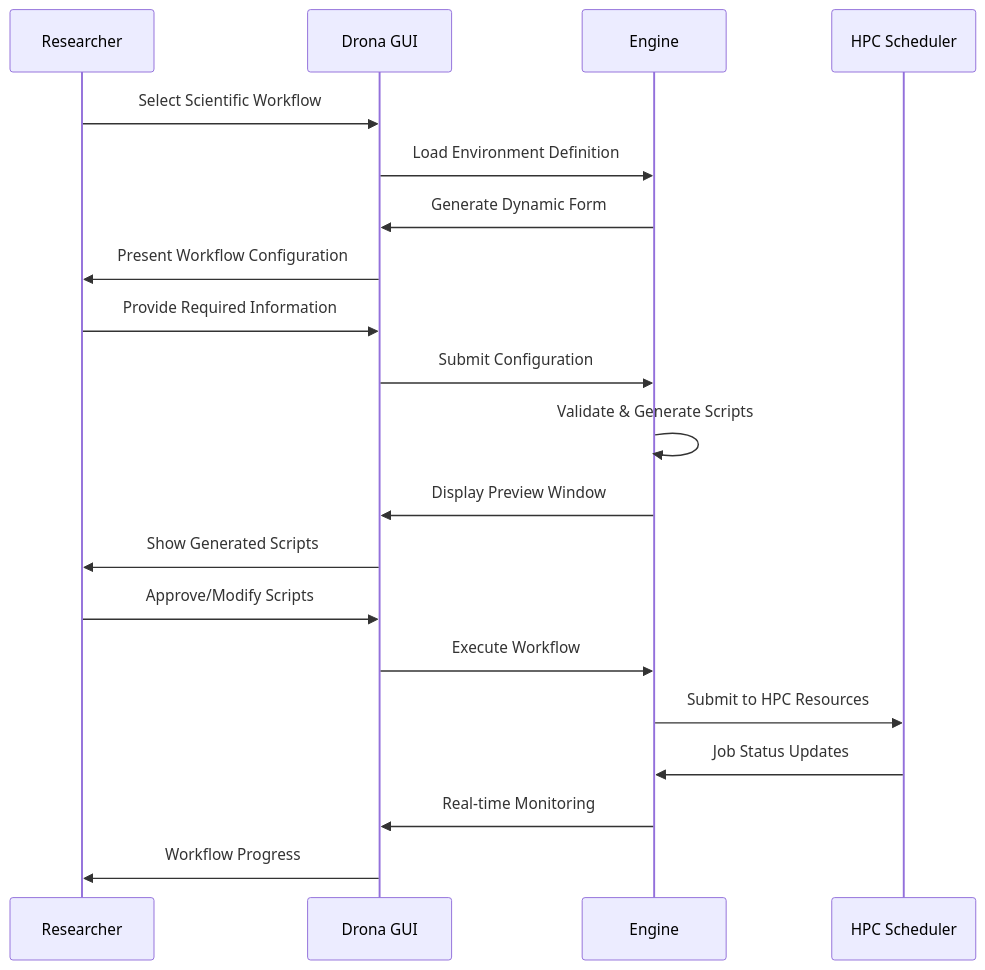
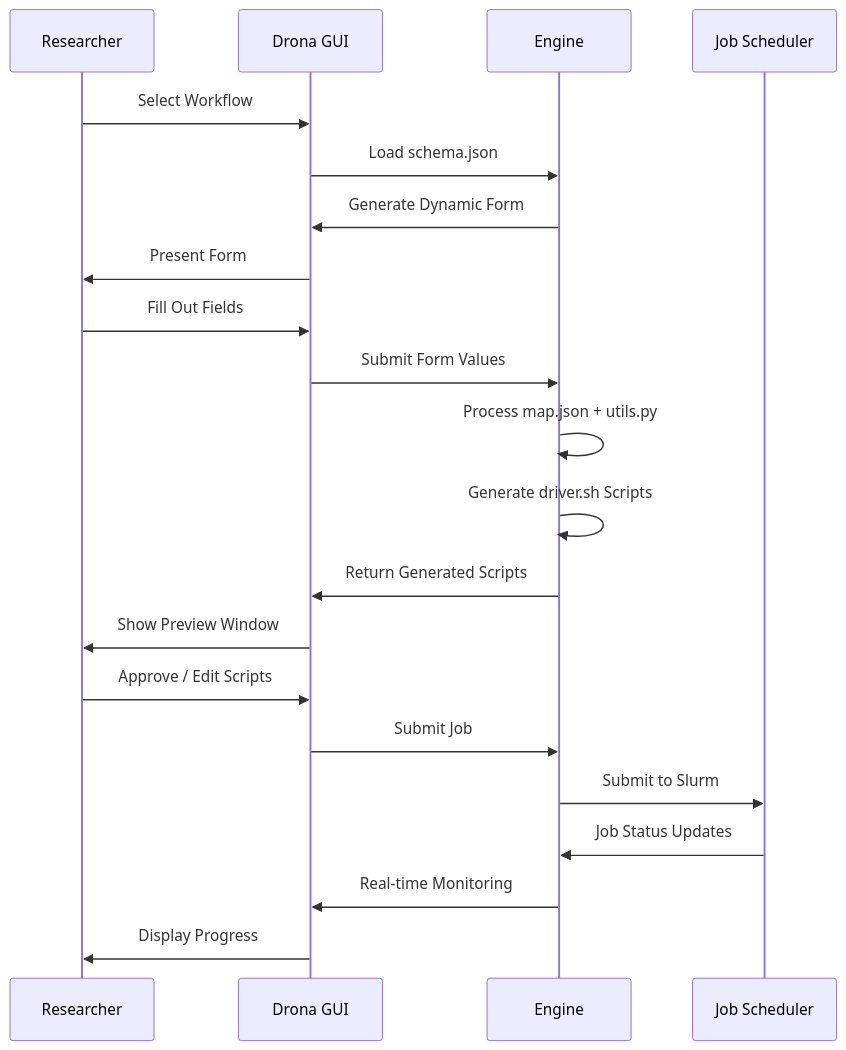
One commit to a11155/dor-hprc-drona-composer changed the second of 2 diagrams in website/docs/overview/architecture.md. Above: the diagram before and after it, drawn with Mermaid. The commit also changed other lines of this file and 19 other files, not shown here.

````diff
--- a/website/docs/overview/architecture.md
+++ b/website/docs/overview/architecture.md
@@ -90,23 +101,24 @@
 ```mermaid
 sequenceDiagram
     participant R as Researcher
     participant D as Drona GUI
     participant E as Engine
-    participant H as HPC Scheduler
+    participant H as Job Scheduler
 
-    R->>D: Select Scientific Workflow
-    D->>E: Load Environment Definition
+    R->>D: Select Workflow
+    D->>E: Load schema.json
     E->>D: Generate Dynamic Form
-    D->>R: Present Workflow Configuration
-    R->>D: Provide Required Information
-    D->>E: Submit Configuration
-    E->>E: Validate & Generate Scripts
-    E->>D: Display Preview Window
-    D->>R: Show Generated Scripts
-    R->>D: Approve/Modify Scripts
-    D->>E: Execute Workflow
-    E->>H: Submit to HPC Resources
+    D->>R: Present Form
+    R->>D: Fill Out Fields
+    D->>E: Submit Form Values
+    E->>E: Process map.json + utils.py
+    E->>E: Generate driver.sh Scripts
+    E->>D: Return Generated Scripts
+    D->>R: Show Preview Window
+    R->>D: Approve / Edit Scripts
+    D->>E: Submit Job
+    E->>H: Submit to Slurm
     H->>E: Job Status Updates
     E->>D: Real-time Monitoring
-    D->>R: Workflow Progress
+    D->>R: Display Progress
 ```
````
